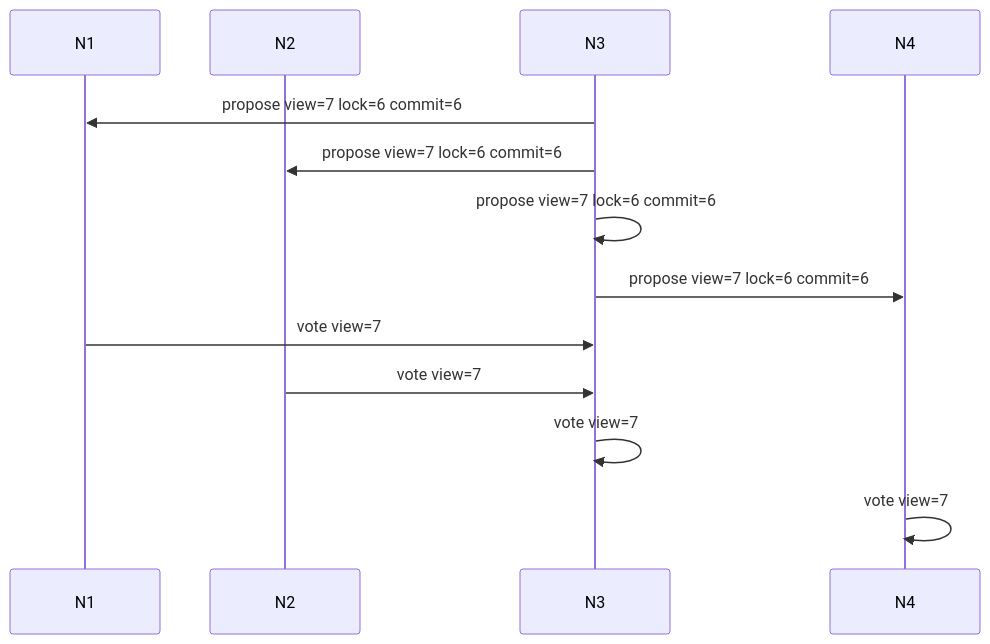
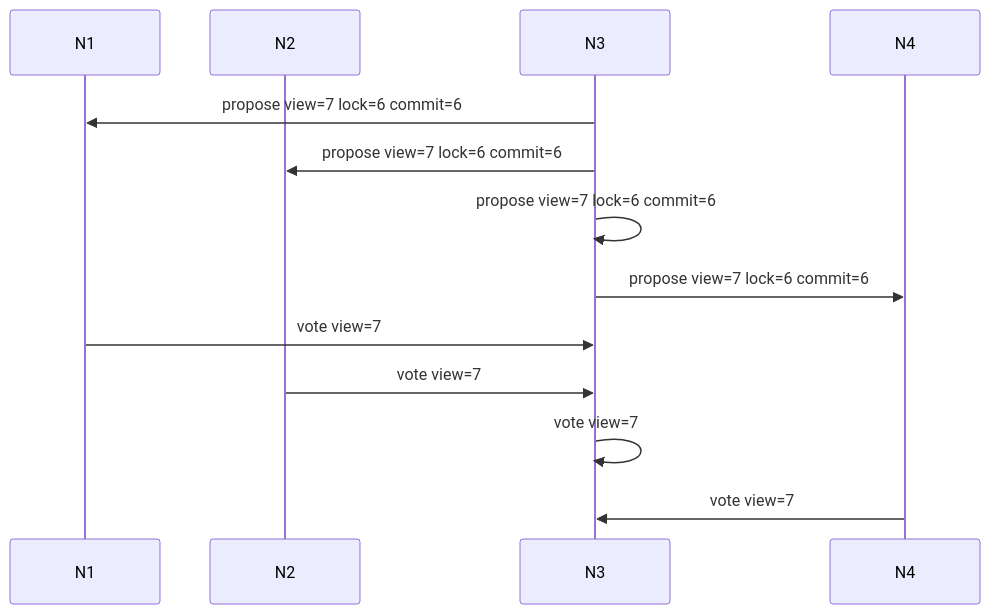
The sixth of 7 diagrams in NOTES.md (dshulyak/hotstuff2), drawn with Mermaid before and after one commit. The commit also changed other lines of this file and 5 other files, not shown here.

````diff
--- a/NOTES.md
+++ b/NOTES.md
@@ -167,17 +167,17 @@
 ```mermaid
 sequenceDiagram
     participant N1
     participant N2
     participant N3
     participant N4
 
     N3->>N1: propose view=7 lock=6 commit=6
     N3->>N2: propose view=7 lock=6 commit=6
     N3->>N3: propose view=7 lock=6 commit=6
     N3->>N4: propose view=7 lock=6 commit=6
 
     N1->>N3: vote view=7
     N2->>N3: vote view=7
     N3->>N3: vote view=7
-    N4->>N4: vote view=7
+    N4->>N3: vote view=7
 ```
````
